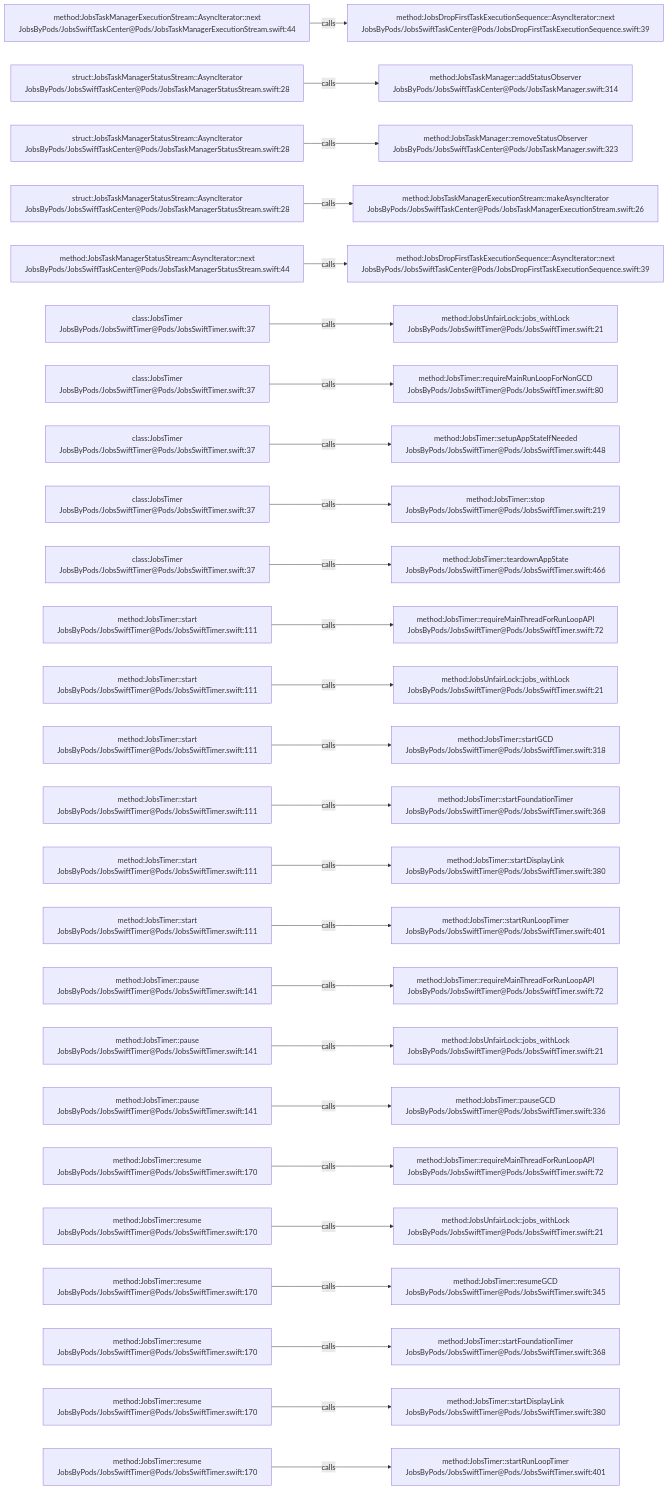
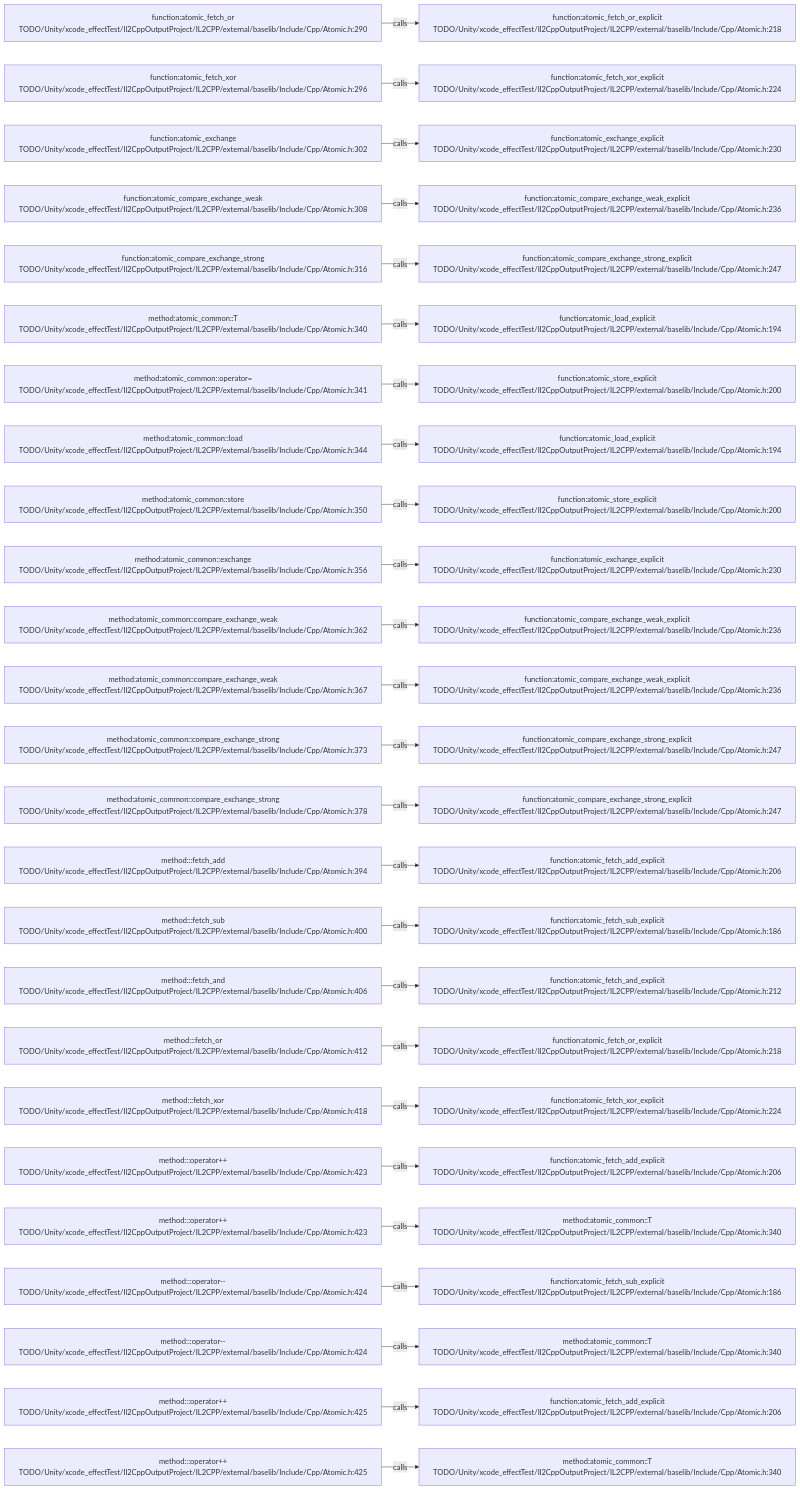
One commit to JobsKits/JobsSwiftBaseConfigDemo changed the diagram in .codegraph/codegraph.md/graphs/calls-059.md. Above: the diagram before and after it, drawn with Mermaid. The commit also changed 227 other files, not shown here.

````diff
--- a/.codegraph/codegraph.md/graphs/calls-059.md
+++ b/.codegraph/codegraph.md/graphs/calls-059.md
@@ -13,78 +13,78 @@
 ```mermaid
 flowchart LR
-  S1["method:JobsTaskManagerExecutionStream::AsyncIterator::next<br/>JobsByPods/JobsSwiftTaskCenter@Pods/JobsTaskManagerExecutionStream.swift:44"]
-  T1["method:JobsDropFirstTaskExecutionSequence::AsyncIterator::next<br/>JobsByPods/JobsSwiftTaskCenter@Pods/JobsDropFirstTaskExecutionSequence.swift:39"]
+  S1["function:atomic_fetch_or<br/>TODO/Unity/xcode_effectTest/Il2CppOutputProject/IL2CPP/external/baselib/Include/Cpp/Atomic.h:290"]
+  T1["function:atomic_fetch_or_explicit<br/>TODO/Unity/xcode_effectTest/Il2CppOutputProject/IL2CPP/external/baselib/Include/Cpp/Atomic.h:218"]
   S1 -->|calls| T1
-  S2["struct:JobsTaskManagerStatusStream::AsyncIterator<br/>JobsByPods/JobsSwiftTaskCenter@Pods/JobsTaskManagerStatusStream.swift:28"]
-  T2["method:JobsTaskManager::addStatusObserver<br/>JobsByPods/JobsSwiftTaskCenter@Pods/JobsTaskManager.swift:314"]
+  S2["function:atomic_fetch_xor<br/>TODO/Unity/xcode_effectTest/Il2CppOutputProject/IL2CPP/external/baselib/Include/Cpp/Atomic.h:296"]
+  T2["function:atomic_fetch_xor_explicit<br/>TODO/Unity/xcode_effectTest/Il2CppOutputProject/IL2CPP/external/baselib/Include/Cpp/Atomic.h:224"]
   S2 -->|calls| T2
-  S3["struct:JobsTaskManagerStatusStream::AsyncIterator<br/>JobsByPods/JobsSwiftTaskCenter@Pods/JobsTaskManagerStatusStream.swift:28"]
-  T3["method:JobsTaskManager::removeStatusObserver<br/>JobsByPods/JobsSwiftTaskCenter@Pods/JobsTaskManager.swift:323"]
+  S3["function:atomic_exchange<br/>TODO/Unity/xcode_effectTest/Il2CppOutputProject/IL2CPP/external/baselib/Include/Cpp/Atomic.h:302"]
+  T3["function:atomic_exchange_explicit<br/>TODO/Unity/xcode_effectTest/Il2CppOutputProject/IL2CPP/external/baselib/Include/Cpp/Atomic.h:230"]
   S3 -->|calls| T3
-  S4["struct:JobsTaskManagerStatusStream::AsyncIterator<br/>JobsByPods/JobsSwiftTaskCenter@Pods/JobsTaskManagerStatusStream.swift:28"]
-  T4["method:JobsTaskManagerExecutionStream::makeAsyncIterator<br/>JobsByPods/JobsSwiftTaskCenter@Pods/JobsTaskManagerExecutionStream.swift:26"]
+  S4["function:atomic_compare_exchange_weak<br/>TODO/Unity/xcode_effectTest/Il2CppOutputProject/IL2CPP/external/baselib/Include/Cpp/Atomic.h:308"]
+  T4["function:atomic_compare_exchange_weak_explicit<br/>TODO/Unity/xcode_effectTest/Il2CppOutputProject/IL2CPP/external/baselib/Include/Cpp/Atomic.h:236"]
   S4 -->|calls| T4
-  S5["method:JobsTaskManagerStatusStream::AsyncIterator::next<br/>JobsByPods/JobsSwiftTaskCenter@Pods/JobsTaskManagerStatusStream.swift:44"]
-  T5["method:JobsDropFirstTaskExecutionSequence::AsyncIterator::next<br/>JobsByPods/JobsSwiftTaskCenter@Pods/JobsDropFirstTaskExecutionSequence.swift:39"]
+  S5["function:atomic_compare_exchange_strong<br/>TODO/Unity/xcode_effectTest/Il2CppOutputProject/IL2CPP/external/baselib/Include/Cpp/Atomic.h:316"]
+  T5["function:atomic_compare_exchange_strong_explicit<br/>TODO/Unity/xcode_effectTest/Il2CppOutputProject/IL2CPP/external/baselib/Include/Cpp/Atomic.h:247"]
   S5 -->|calls| T5
-  S6["class:JobsTimer<br/>JobsByPods/JobsSwiftTimer@Pods/JobsSwiftTimer.swift:37"]
-  T6["method:JobsUnfairLock::jobs_withLock<br/>JobsByPods/JobsSwiftTimer@Pods/JobsSwiftTimer.swift:21"]
+  S6["method:atomic_common::T<br/>TODO/Unity/xcode_effectTest/Il2CppOutputProject/IL2CPP/external/baselib/Include/Cpp/Atomic.h:340"]
+  T6["function:atomic_load_explicit<br/>TODO/Unity/xcode_effectTest/Il2CppOutputProject/IL2CPP/external/baselib/Include/Cpp/Atomic.h:194"]
   S6 -->|calls| T6
-  S7["class:JobsTimer<br/>JobsByPods/JobsSwiftTimer@Pods/JobsSwiftTimer.swift:37"]
-  T7["method:JobsTimer::requireMainRunLoopForNonGCD<br/>JobsByPods/JobsSwiftTimer@Pods/JobsSwiftTimer.swift:80"]
+  S7["method:atomic_common::operator=<br/>TODO/Unity/xcode_effectTest/Il2CppOutputProject/IL2CPP/external/baselib/Include/Cpp/Atomic.h:341"]
+  T7["function:atomic_store_explicit<br/>TODO/Unity/xcode_effectTest/Il2CppOutputProject/IL2CPP/external/baselib/Include/Cpp/Atomic.h:200"]
   S7 -->|calls| T7
-  S8["class:JobsTimer<br/>JobsByPods/JobsSwiftTimer@Pods/JobsSwiftTimer.swift:37"]
-  T8["method:JobsTimer::setupAppStateIfNeeded<br/>JobsByPods/JobsSwiftTimer@Pods/JobsSwiftTimer.swift:448"]
+  S8["method:atomic_common::load<br/>TODO/Unity/xcode_effectTest/Il2CppOutputProject/IL2CPP/external/baselib/Include/Cpp/Atomic.h:344"]
+  T8["function:atomic_load_explicit<br/>TODO/Unity/xcode_effectTest/Il2CppOutputProject/IL2CPP/external/baselib/Include/Cpp/Atomic.h:194"]
   S8 -->|calls| T8
-  S9["class:JobsTimer<br/>JobsByPods/JobsSwiftTimer@Pods/JobsSwiftTimer.swift:37"]
-  T9["method:JobsTimer::stop<br/>JobsByPods/JobsSwiftTimer@Pods/JobsSwiftTimer.swift:219"]
+  S9["method:atomic_common::store<br/>TODO/Unity/xcode_effectTest/Il2CppOutputProject/IL2CPP/external/baselib/Include/Cpp/Atomic.h:350"]
+  T9["function:atomic_store_explicit<br/>TODO/Unity/xcode_effectTest/Il2CppOutputProject/IL2CPP/external/baselib/Include/Cpp/Atomic.h:200"]
   S9 -->|calls| T9
-  S10["class:JobsTimer<br/>JobsByPods/JobsSwiftTimer@Pods/JobsSwiftTimer.swift:37"]
-  T10["method:JobsTimer::teardownAppState<br/>JobsByPods/JobsSwiftTimer@Pods/JobsSwiftTimer.swift:466"]
+  S10["method:atomic_common::exchange<br/>TODO/Unity/xcode_effectTest/Il2CppOutputProject/IL2CPP/external/baselib/Include/Cpp/Atomic.h:356"]
+  T10["function:atomic_exchange_explicit<br/>TODO/Unity/xcode_effectTest/Il2CppOutputProject/IL2CPP/external/baselib/Include/Cpp/Atomic.h:230"]
   S10 -->|calls| T10
-  S11["method:JobsTimer::start<br/>JobsByPods/JobsSwiftTimer@Pods/JobsSwiftTimer.swift:111"]
-  T11["method:JobsTimer::requireMainThreadForRunLoopAPI<br/>JobsByPods/JobsSwiftTimer@Pods/JobsSwiftTimer.swift:72"]
+  S11["method:atomic_common::compare_exchange_weak<br/>TODO/Unity/xcode_effectTest/Il2CppOutputProject/IL2CPP/external/baselib/Include/Cpp/Atomic.h:362"]
+  T11["function:atomic_compare_exchange_weak_explicit<br/>TODO/Unity/xcode_effectTest/Il2CppOutputProject/IL2CPP/external/baselib/Include/Cpp/Atomic.h:236"]
   S11 -->|calls| T11
-  S12["method:JobsTimer::start<br/>JobsByPods/JobsSwiftTimer@Pods/JobsSwiftTimer.swift:111"]
-  T12["method:JobsUnfairLock::jobs_withLock<br/>JobsByPods/JobsSwiftTimer@Pods/JobsSwiftTimer.swift:21"]
+  S12["method:atomic_common::compare_exchange_weak<br/>TODO/Unity/xcode_effectTest/Il2CppOutputProject/IL2CPP/external/baselib/Include/Cpp/Atomic.h:367"]
+  T12["function:atomic_compare_exchange_weak_explicit<br/>TODO/Unity/xcode_effectTest/Il2CppOutputProject/IL2CPP/external/baselib/Include/Cpp/Atomic.h:236"]
   S12 -->|calls| T12
-  S13["method:JobsTimer::start<br/>JobsByPods/JobsSwiftTimer@Pods/JobsSwiftTimer.swift:111"]
-  T13["method:JobsTimer::startGCD<br/>JobsByPods/JobsSwiftTimer@Pods/JobsSwiftTimer.swift:318"]
+  S13["method:atomic_common::compare_exchange_strong<br/>TODO/Unity/xcode_effectTest/Il2CppOutputProject/IL2CPP/external/baselib/Include/Cpp/Atomic.h:373"]
+  T13["function:atomic_compare_exchange_strong_explicit<br/>TODO/Unity/xcode_effectTest/Il2CppOutputProject/IL2CPP/external/baselib/Include/Cpp/Atomic.h:247"]
   S13 -->|calls| T13
-  S14["method:JobsTimer::start<br/>JobsByPods/JobsSwiftTimer@Pods/JobsSwiftTimer.swift:111"]
-  T14["method:JobsTimer::startFoundationTimer<br/>JobsByPods/JobsSwiftTimer@Pods/JobsSwiftTimer.swift:368"]
+  S14["method:atomic_common::compare_exchange_strong<br/>TODO/Unity/xcode_effectTest/Il2CppOutputProject/IL2CPP/external/baselib/Include/Cpp/Atomic.h:378"]
+  T14["function:atomic_compare_exchange_strong_explicit<br/>TODO/Unity/xcode_effectTest/Il2CppOutputProject/IL2CPP/external/baselib/Include/Cpp/Atomic.h:247"]
   S14 -->|calls| T14
-  S15["method:JobsTimer::start<br/>JobsByPods/JobsSwiftTimer@Pods/JobsSwiftTimer.swift:111"]
-  T15["method:JobsTimer::startDisplayLink<br/>JobsByPods/JobsSwiftTimer@Pods/JobsSwiftTimer.swift:380"]
+  S15["method:<anonymous>::fetch_add<br/>TODO/Unity/xcode_effectTest/Il2CppOutputProject/IL2CPP/external/baselib/Include/Cpp/Atomic.h:394"]
+  T15["function:atomic_fetch_add_explicit<br/>TODO/Unity/xcode_effectTest/Il2CppOutputProject/IL2CPP/external/baselib/Include/Cpp/Atomic.h:206"]
   S15 -->|calls| T15
-  S16["method:JobsTimer::start<br/>JobsByPods/JobsSwiftTimer@Pods/JobsSwiftTimer.swift:111"]
-  T16["method:JobsTimer::startRunLoopTimer<br/>JobsByPods/JobsSwiftTimer@Pods/JobsSwiftTimer.swift:401"]
+  S16["method:<anonymous>::fetch_sub<br/>TODO/Unity/xcode_effectTest/Il2CppOutputProject/IL2CPP/external/baselib/Include/Cpp/Atomic.h:400"]
+  T16["function:atomic_fetch_sub_explicit<br/>TODO/Unity/xcode_effectTest/Il2CppOutputProject/IL2CPP/external/baselib/Include/Cpp/Atomic.h:186"]
   S16 -->|calls| T16
-  S17["method:JobsTimer::pause<br/>JobsByPods/JobsSwiftTimer@Pods/JobsSwiftTimer.swift:141"]
-  T17["method:JobsTimer::requireMainThreadForRunLoopAPI<br/>JobsByPods/JobsSwiftTimer@Pods/JobsSwiftTimer.swift:72"]
+  S17["method:<anonymous>::fetch_and<br/>TODO/Unity/xcode_effectTest/Il2CppOutputProject/IL2CPP/external/baselib/Include/Cpp/Atomic.h:406"]
+  T17["function:atomic_fetch_and_explicit<br/>TODO/Unity/xcode_effectTest/Il2CppOutputProject/IL2CPP/external/baselib/Include/Cpp/Atomic.h:212"]
   S17 -->|calls| T17
-  S18["method:JobsTimer::pause<br/>JobsByPods/JobsSwiftTimer@Pods/JobsSwiftTimer.swift:141"]
-  T18["method:JobsUnfairLock::jobs_withLock<br/>JobsByPods/JobsSwiftTimer@Pods/JobsSwiftTimer.swift:21"]
+  S18["method:<anonymous>::fetch_or<br/>TODO/Unity/xcode_effectTest/Il2CppOutputProject/IL2CPP/external/baselib/Include/Cpp/Atomic.h:412"]
+  T18["function:atomic_fetch_or_explicit<br/>TODO/Unity/xcode_effectTest/Il2CppOutputProject/IL2CPP/external/baselib/Include/Cpp/Atomic.h:218"]
   S18 -->|calls| T18
-  S19["method:JobsTimer::pause<br/>JobsByPods/JobsSwiftTimer@Pods/JobsSwiftTimer.swift:141"]
-  T19["method:JobsTimer::pauseGCD<br/>JobsByPods/JobsSwiftTimer@Pods/JobsSwiftTimer.swift:336"]
+  S19["method:<anonymous>::fetch_xor<br/>TODO/Unity/xcode_effectTest/Il2CppOutputProject/IL2CPP/external/baselib/Include/Cpp/Atomic.h:418"]
+  T19["function:atomic_fetch_xor_explicit<br/>TODO/Unity/xcode_effectTest/Il2CppOutputProject/IL2CPP/external/baselib/Include/Cpp/Atomic.h:224"]
   S19 -->|calls| T19
-  S20["method:JobsTimer::resume<br/>JobsByPods/JobsSwiftTimer@Pods/JobsSwiftTimer.swift:170"]
-  T20["method:JobsTimer::requireMainThreadForRunLoopAPI<br/>JobsByPods/JobsSwiftTimer@Pods/JobsSwiftTimer.swift:72"]
+  S20["method:<anonymous>::operator++<br/>TODO/Unity/xcode_effectTest/Il2CppOutputProject/IL2CPP/external/baselib/Include/Cpp/Atomic.h:423"]
+  T20["function:atomic_fetch_add_explicit<br/>TODO/Unity/xcode_effectTest/Il2CppOutputProject/IL2CPP/external/baselib/Include/Cpp/Atomic.h:206"]
   S20 -->|calls| T20
-  S21["method:JobsTimer::resume<br/>JobsByPods/JobsSwiftTimer@Pods/JobsSwiftTimer.swift:170"]
-  T21["method:JobsUnfairLock::jobs_withLock<br/>JobsByPods/JobsSwiftTimer@Pods/JobsSwiftTimer.swift:21"]
+  S21["method:<anonymous>::operator++<br/>TODO/Unity/xcode_effectTest/Il2CppOutputProject/IL2CPP/external/baselib/Include/Cpp/Atomic.h:423"]
+  T21["method:atomic_common::T<br/>TODO/Unity/xcode_effectTest/Il2CppOutputProject/IL2CPP/external/baselib/Include/Cpp/Atomic.h:340"]
   S21 -->|calls| T21
-  S22["method:JobsTimer::resume<br/>JobsByPods/JobsSwiftTimer@Pods/JobsSwiftTimer.swift:170"]
-  T22["method:JobsTimer::resumeGCD<br/>JobsByPods/JobsSwiftTimer@Pods/JobsSwiftTimer.swift:345"]
+  S22["method:<anonymous>::operator--<br/>TODO/Unity/xcode_effectTest/Il2CppOutputProject/IL2CPP/external/baselib/Include/Cpp/Atomic.h:424"]
+  T22["function:atomic_fetch_sub_explicit<br/>TODO/Unity/xcode_effectTest/Il2CppOutputProject/IL2CPP/external/baselib/Include/Cpp/Atomic.h:186"]
   S22 -->|calls| T22
-  S23["method:JobsTimer::resume<br/>JobsByPods/JobsSwiftTimer@Pods/JobsSwiftTimer.swift:170"]
-  T23["method:JobsTimer::startFoundationTimer<br/>JobsByPods/JobsSwiftTimer@Pods/JobsSwiftTimer.swift:368"]
+  S23["method:<anonymous>::operator--<br/>TODO/Unity/xcode_effectTest/Il2CppOutputProject/IL2CPP/external/baselib/Include/Cpp/Atomic.h:424"]
+  T23["method:atomic_common::T<br/>TODO/Unity/xcode_effectTest/Il2CppOutputProject/IL2CPP/external/baselib/Include/Cpp/Atomic.h:340"]
   S23 -->|calls| T23
-  S24["method:JobsTimer::resume<br/>JobsByPods/JobsSwiftTimer@Pods/JobsSwiftTimer.swift:170"]
-  T24["method:JobsTimer::startDisplayLink<br/>JobsByPods/JobsSwiftTimer@Pods/JobsSwiftTimer.swift:380"]
+  S24["method:<anonymous>::operator++<br/>TODO/Unity/xcode_effectTest/Il2CppOutputProject/IL2CPP/external/baselib/Include/Cpp/Atomic.h:425"]
+  T24["function:atomic_fetch_add_explicit<br/>TODO/Unity/xcode_effectTest/Il2CppOutputProject/IL2CPP/external/baselib/Include/Cpp/Atomic.h:206"]
   S24 -->|calls| T24
-  S25["method:JobsTimer::resume<br/>JobsByPods/JobsSwiftTimer@Pods/JobsSwiftTimer.swift:170"]
-  T25["method:JobsTimer::startRunLoopTimer<br/>JobsByPods/JobsSwiftTimer@Pods/JobsSwiftTimer.swift:401"]
+  S25["method:<anonymous>::operator++<br/>TODO/Unity/xcode_effectTest/Il2CppOutputProject/IL2CPP/external/baselib/Include/Cpp/Atomic.h:425"]
+  T25["method:atomic_common::T<br/>TODO/Unity/xcode_effectTest/Il2CppOutputProject/IL2CPP/external/baselib/Include/Cpp/Atomic.h:340"]
   S25 -->|calls| T25
 ```
````
